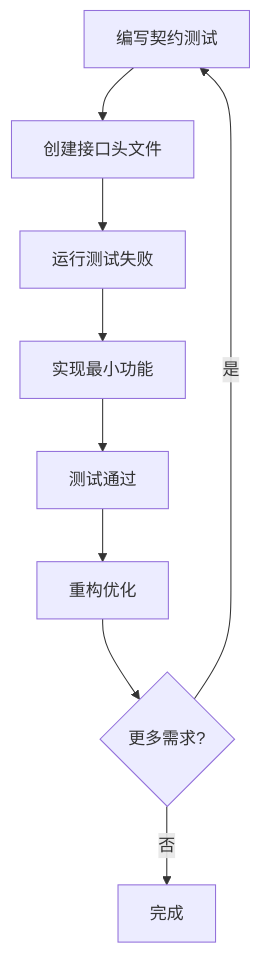
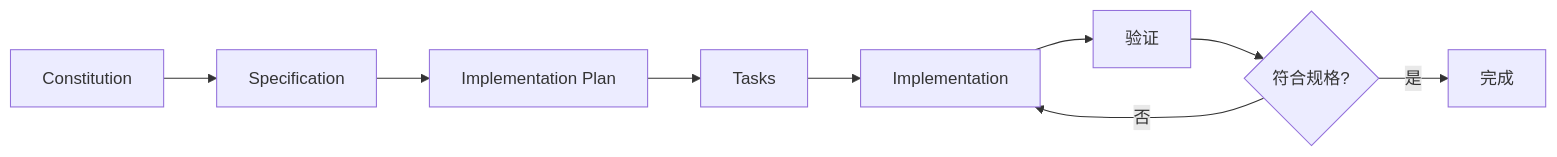
One commit to YanqingXu/lua_cpp changed the second of 2 diagrams in README.md. Above: the diagram before and after it, drawn with Mermaid. The commit also changed other lines of this file and 6 other files, not shown here.

First line of the commit message:
feat: Enhance Lua interpreter implementation plan and task documentation

````diff
--- a/README.md
+++ b/README.md
@@ -46,11 +246,11 @@
 ```mermaid
-graph TD
-    A[编写契约测试] --> B[创建接口头文件]
-    B --> C[运行测试失败]
-    C --> D[实现最小功能]
-    D --> E[测试通过]
-    E --> F[重构优化]
-    F --> G{更多需求?}
-    G -->|是| A
-    G -->|否| H[完成]
+graph LR
+    A[Constitution] --> B[Specification]
+    B --> C[Implementation Plan]
+    C --> D[Tasks]
+    D --> E[Implementation]
+    E --> F[验证] 
+    F --> G{符合规格?}
+    G -->|是| H[完成]
+    G -->|否| E
 ```
````
